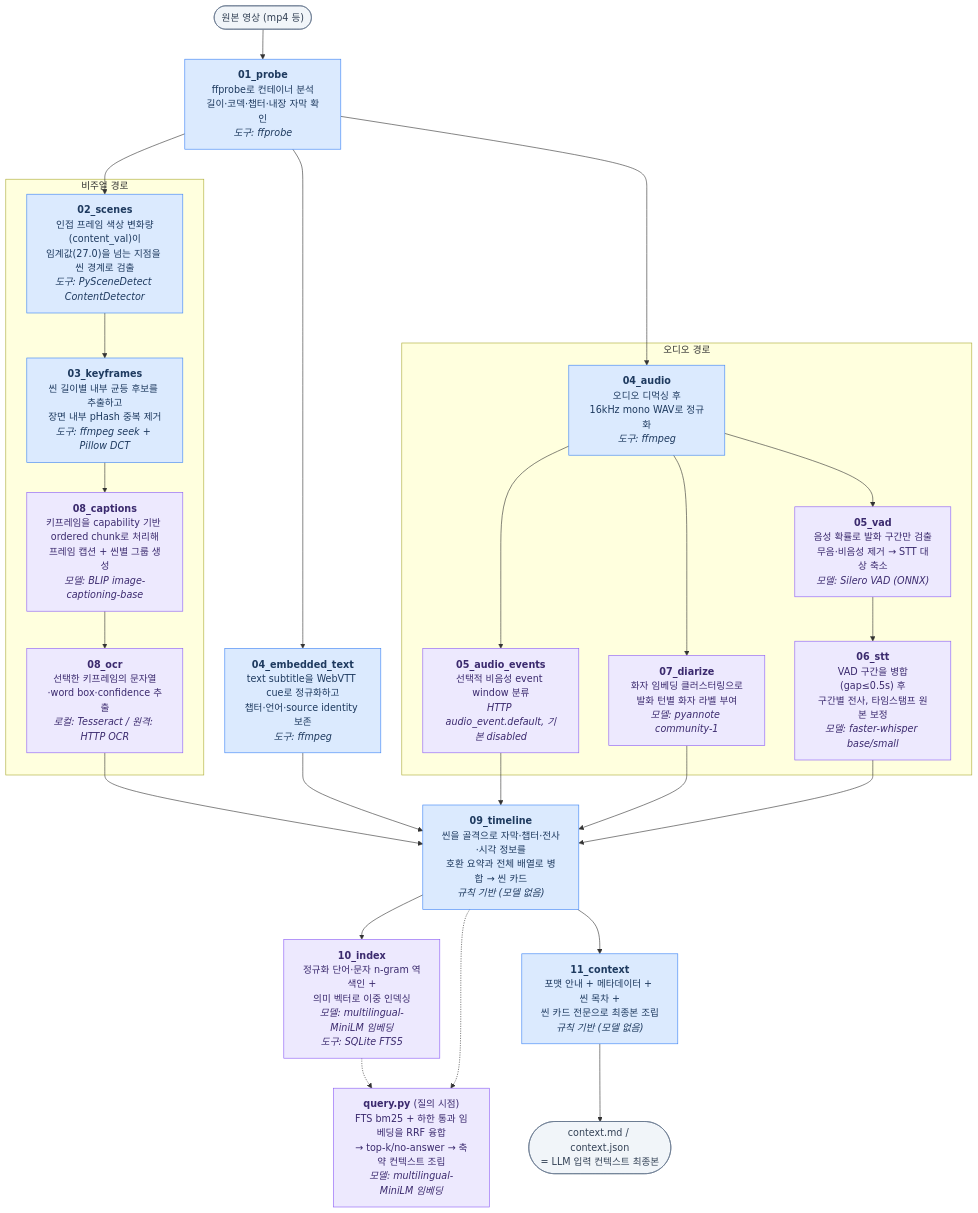
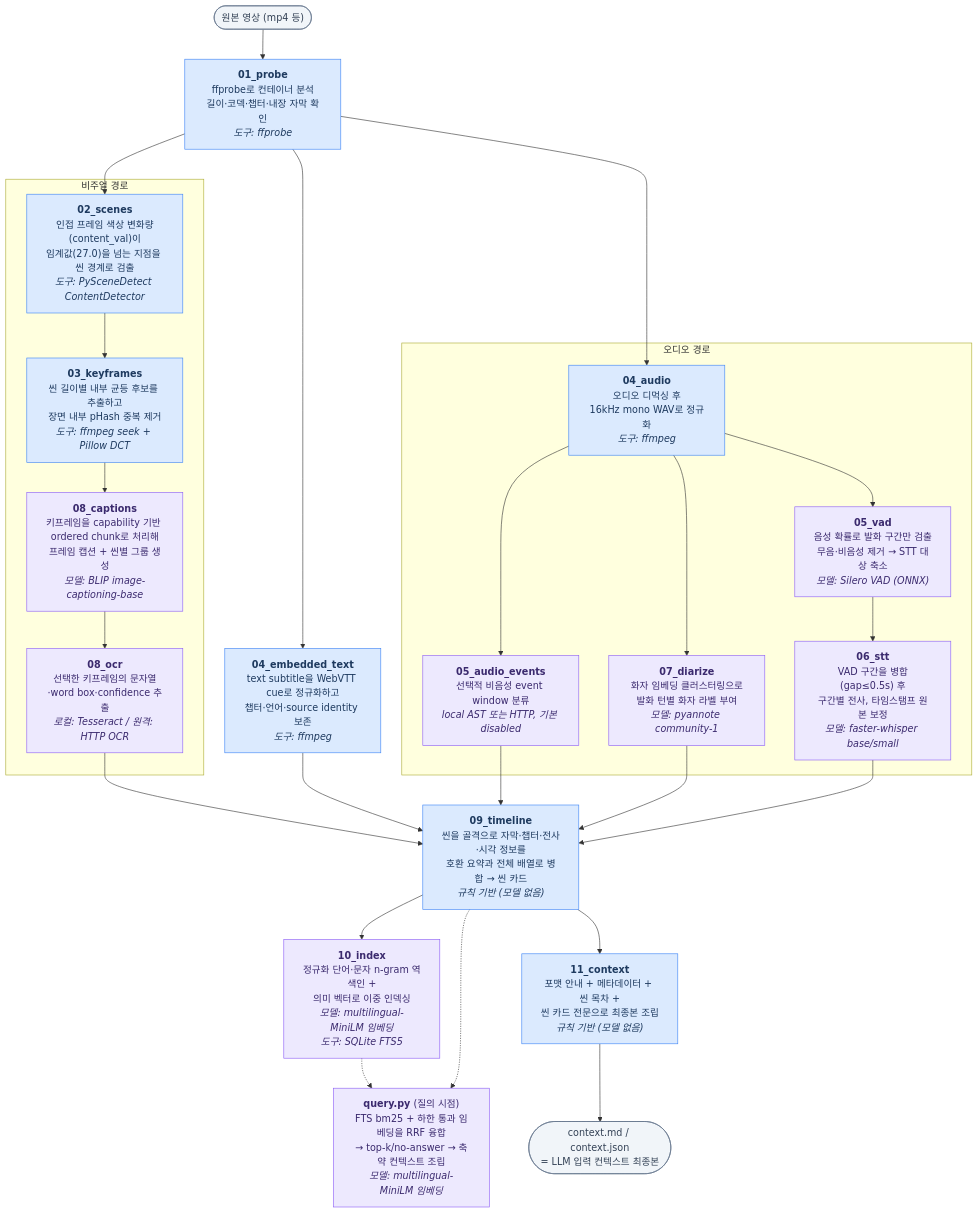
One commit to haesookimDev/video-preprocess changed the diagram in docs/05-pipeline.md. Above: the diagram before and after it, drawn with Mermaid. The commit also changed other lines of this file and 24 other files, not shown here.

First line of the commit message:
feat: add local audio event provider

````diff
--- a/docs/05-pipeline.md
+++ b/docs/05-pipeline.md
@@ -6,59 +6,59 @@
 ```mermaid
 flowchart TD
     V(["원본 영상 (mp4 등)"]) --> S01
 
     S01["<b>01_probe</b><br/>ffprobe로 컨테이너 분석<br/>길이·코덱·챕터·내장 자막 확인<br/><i>도구: ffprobe</i>"]
 
     S01 --> S02
     S01 --> S04
     S01 --> S04T
 
     subgraph VIDEO ["비주얼 경로"]
         S02["<b>02_scenes</b><br/>인접 프레임 색상 변화량(content_val)이<br/>임계값(27.0)을 넘는 지점을 씬 경계로 검출<br/><i>도구: PySceneDetect ContentDetector</i>"]
         S03["<b>03_keyframes</b><br/>씬 길이별 내부 균등 후보를 추출하고<br/>장면 내부 pHash 중복 제거<br/><i>도구: ffmpeg seek + Pillow DCT</i>"]
         S08["<b>08_captions</b><br/>키프레임을 capability 기반 ordered chunk로 처리해<br/>프레임 캡션 + 씬별 그룹 생성<br/><i>모델: BLIP image-captioning-base</i>"]
         S08O["<b>08_ocr</b><br/>선택한 키프레임의 문자열·word box·confidence 추출<br/><i>로컬: Tesseract / 원격: HTTP OCR</i>"]
         S02 --> S03 --> S08 --> S08O
     end
 
     S04T["<b>04_embedded_text</b><br/>text subtitle을 WebVTT cue로 정규화하고<br/>챕터·언어·source identity 보존<br/><i>도구: ffmpeg</i>"]
 
     subgraph AUDIO ["오디오 경로"]
         S04["<b>04_audio</b><br/>오디오 디먹싱 후<br/>16kHz mono WAV로 정규화<br/><i>도구: ffmpeg</i>"]
         S05["<b>05_vad</b><br/>음성 확률로 발화 구간만 검출<br/>무음·비음성 제거 → STT 대상 축소<br/><i>모델: Silero VAD (ONNX)</i>"]
         S06["<b>06_stt</b><br/>VAD 구간을 병합(gap≤0.5s) 후<br/>구간별 전사, 타임스탬프 원본 보정<br/><i>모델: faster-whisper base/small</i>"]
         S07["<b>07_diarize</b><br/>화자 임베딩 클러스터링으로<br/>발화 턴별 화자 라벨 부여<br/><i>모델: pyannote community-1</i>"]
-        S05E["<b>05_audio_events</b><br/>선택적 비음성 event window 분류<br/><i>HTTP audio_event.default, 기본 disabled</i>"]
+        S05E["<b>05_audio_events</b><br/>선택적 비음성 event window 분류<br/><i>local AST 또는 HTTP, 기본 disabled</i>"]
         S04 --> S05 --> S06
         S04 --> S05E
         S04 --> S07
     end
 
     S08O --> S09
     S04T --> S09
     S05E --> S09
     S07 --> S09
     S06 --> S09
 
     S09["<b>09_timeline</b><br/>씬을 골격으로 자막·챕터·전사·시각 정보를<br/>호환 요약과 전체 배열로 병합 → 씬 카드<br/><i>규칙 기반 (모델 없음)</i>"]
 
     S09 --> S10
     S09 --> S11
 
     S10["<b>10_index</b><br/>정규화 단어·문자 n-gram 역색인 +<br/>의미 벡터로 이중 인덱싱<br/><i>모델: multilingual-MiniLM 임베딩<br/>도구: SQLite FTS5</i>"]
 
     S11["<b>11_context</b><br/>포맷 안내 + 메타데이터 + 씬 목차 +<br/>씬 카드 전문으로 최종본 조립<br/><i>규칙 기반 (모델 없음)</i>"]
 
     S11 --> OUT(["context.md / context.json<br/>= LLM 입력 컨텍스트 최종본"])
 
     S10 -.-> Q
     S09 -.-> Q
     Q["<b>query.py</b> (질의 시점)<br/>FTS bm25 + 하한 통과 임베딩을 RRF 융합<br/>→ top-k/no-answer → 축약 컨텍스트 조립<br/><i>모델: multilingual-MiniLM 임베딩</i>"]
 
     classDef rule fill:#dbeafe,stroke:#3b82f6,color:#1e3a5f
     classDef ml fill:#ede9fe,stroke:#8b5cf6,color:#3b2a6e
     classDef io fill:#f1f5f9,stroke:#64748b,color:#334155
     class S01,S02,S03,S04,S04T,S09,S11 rule
     class S05,S05E,S06,S07,S08,S08O,S10,Q ml
     class V,OUT io
 ```
````
